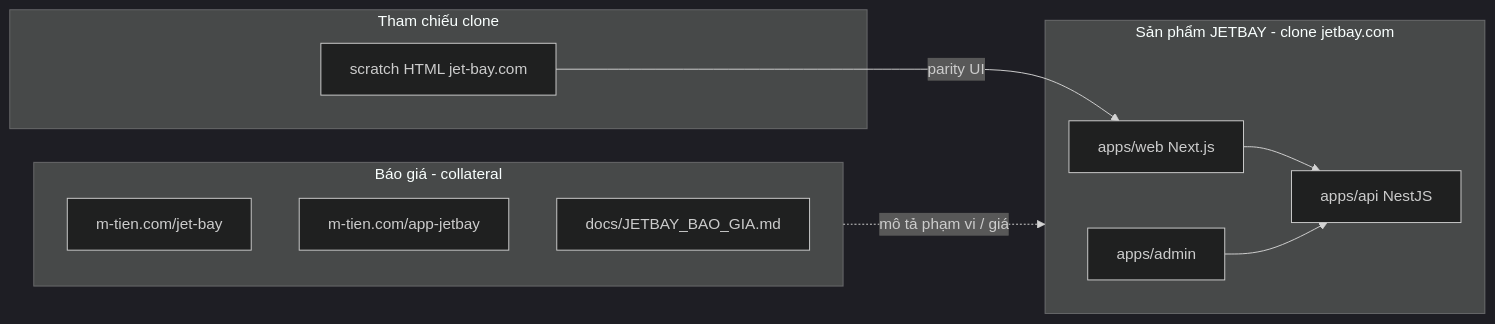
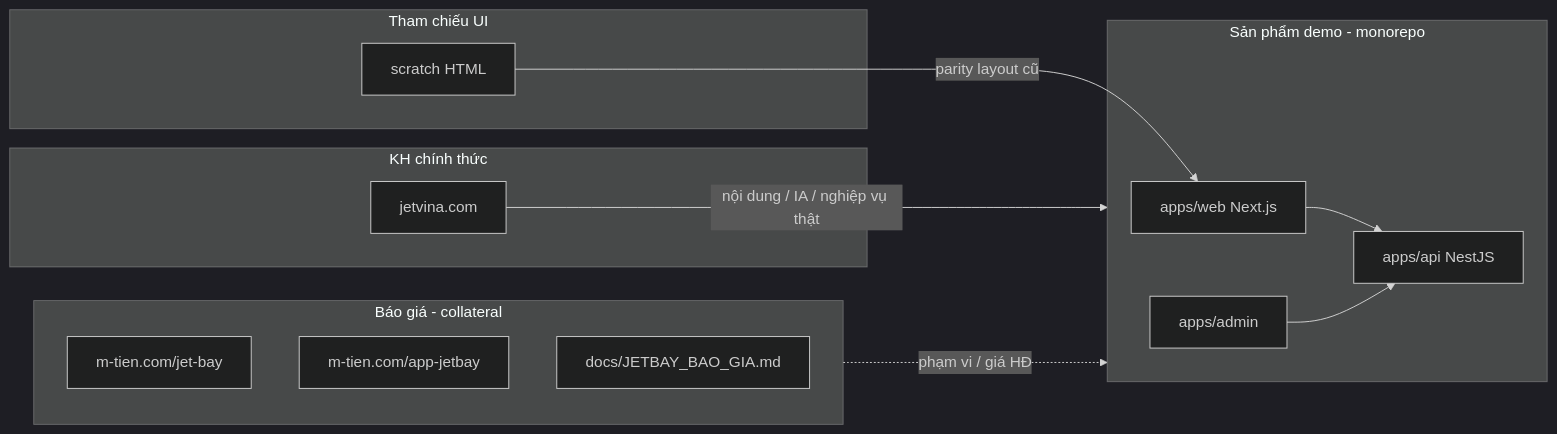
Before and after one commit to minhtien2412tran/baogia: the diagram in docs/JETBAY_PRODUCT_MAP.md, drawn with Mermaid (dark theme). The commit also changed other lines of this file and 5 other files, not shown here.

````diff
--- a/docs/JETBAY_PRODUCT_MAP.md
+++ b/docs/JETBAY_PRODUCT_MAP.md
@@ -10,20 +11,24 @@
 ```mermaid
 flowchart LR
+  subgraph official [KH chính thức]
+    JV[jetvina.com]
+  end
   subgraph sales [Báo giá - collateral]
     QW[m-tien.com/jet-bay]
     QA[m-tien.com/app-jetbay]
     QD[docs/JETBAY_BAO_GIA.md]
   end
-  subgraph product [Sản phẩm JETBAY - clone jetbay.com]
+  subgraph product [Sản phẩm demo - monorepo]
     WEB[apps/web Next.js]
     API[apps/api NestJS]
     ADM[apps/admin]
   end
-  subgraph ref [Tham chiếu clone]
-    SCR[scratch HTML jet-bay.com]
+  subgraph ref [Tham chiếu UI]
+    SCR[scratch HTML]
   end
-  sales -.->|mô tả phạm vi / giá| product
-  SCR -->|parity UI| WEB
+  JV -->|nội dung / IA / nghiệp vụ thật| product
+  sales -.->|phạm vi / giá HĐ| product
+  SCR -->|parity layout cũ| WEB
   WEB --> API
   ADM --> API
 ```
````
